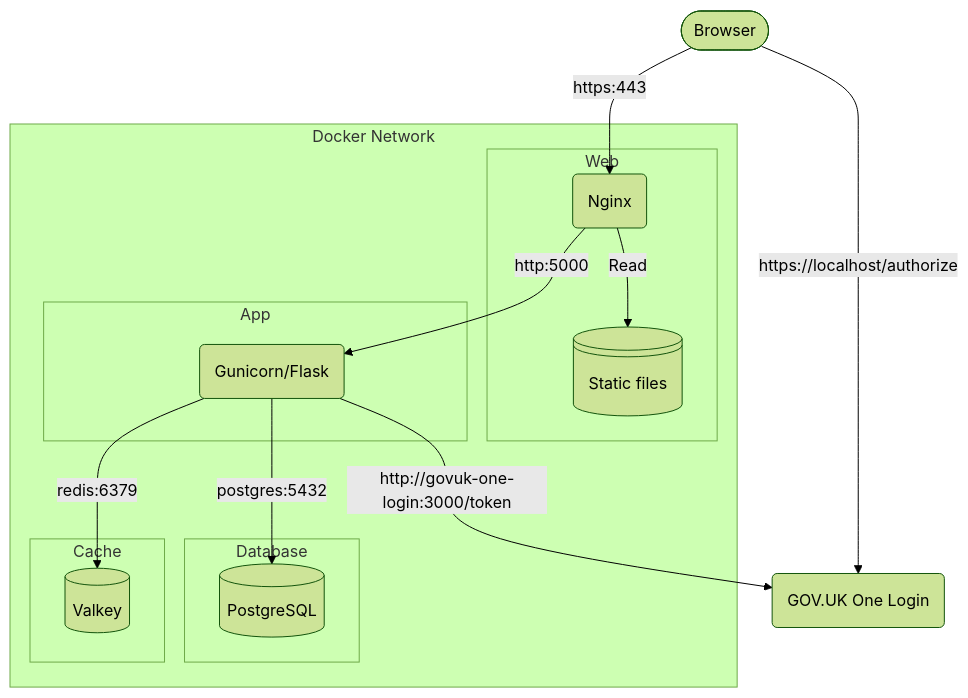
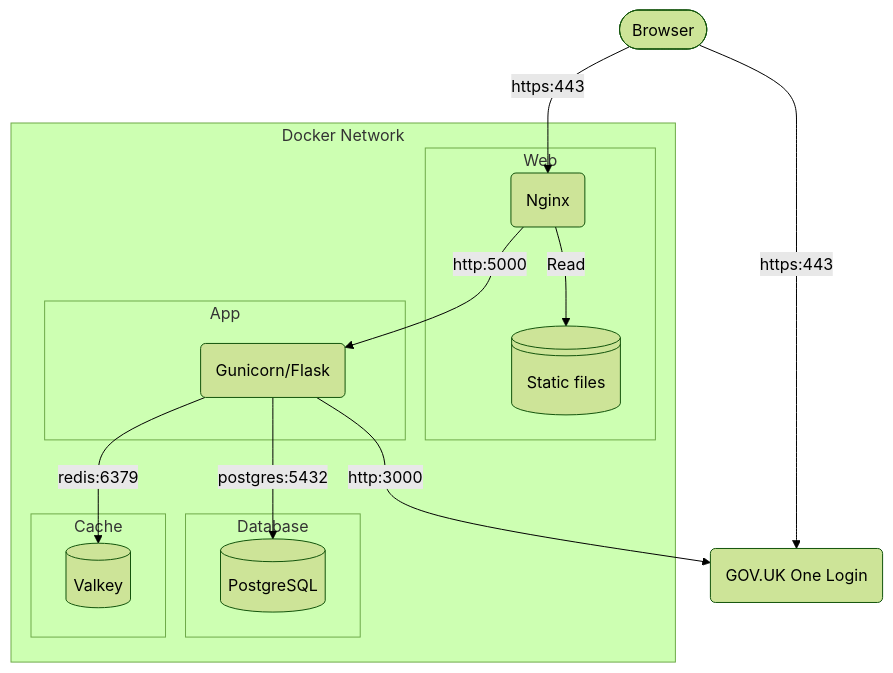
One commit to LandRegistry/govuk-frontend-flask changed the second of 4 diagrams in README.md. Above: the diagram before and after it, drawn with Mermaid (forest theme). The commit also changed other lines of this file, not shown here.

Commit message:
document login/logout flow

````diff
--- a/README.md
+++ b/README.md
@@ -168,33 +168,33 @@
 ```mermaid
 flowchart TB
     browser([Browser])
     db@{ shape: cyl, label: "PostgreSQL" }
     flask(Gunicorn/Flask)
     nginx(Nginx)
     static@{ shape: lin-cyl, label: "Static files" }
     valkey@{ shape: cyl, label: "Valkey" }
     one-login(GOV.UK One Login)
 
     browser -- https:443 --> nginx -- http:5000 --> flask -- postgres:5432 --> db
+    browser -- https:443 --> one-login
     flask -- redis:6379 --> valkey
-    browser -- https://localhost/authorize --> one-login
-    flask -- http://govuk-one-login:3000/token --> one-login
+    flask -- http:3000 --> one-login
 
     subgraph Docker Network
         subgraph Web
             nginx -- Read --> static
         end
 
         subgraph App
             flask
         end
 
         subgraph Database
             db
         end
 
         subgraph Cache
             valkey
         end
     end
 ```
````
